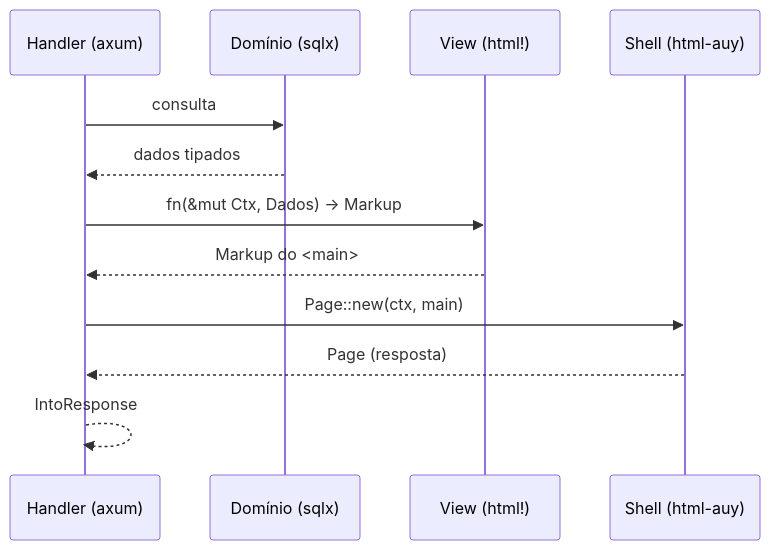
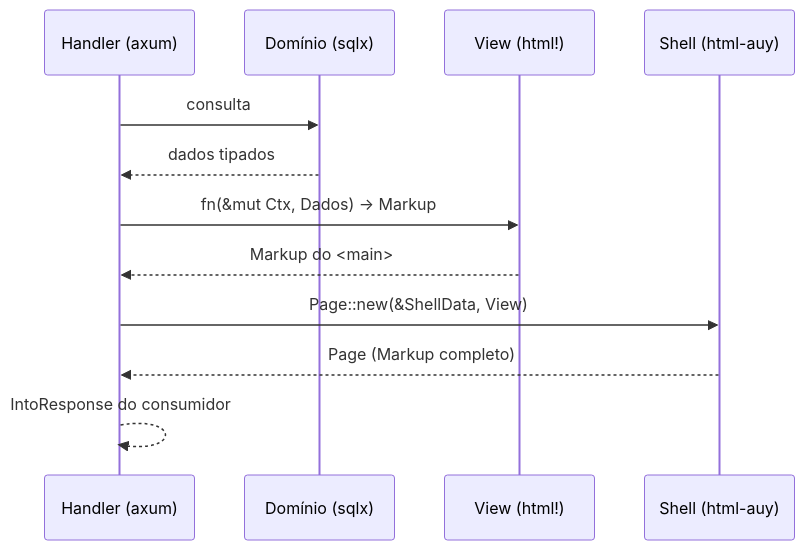
Before and after one commit to st-all-one/html-auy: the third of 3 diagrams in docs/01-arquitetura.md, drawn with Mermaid. The commit also changed other lines of this file and 421 other files, not shown here.

````diff
--- a/docs/01-arquitetura.md
+++ b/docs/01-arquitetura.md
@@ -82,14 +75,14 @@
 ```mermaid
 sequenceDiagram
   participant H as Handler (axum)
   participant D as Domínio (sqlx)
   participant V as View (html!)
   participant S as Shell (html-auy)
   H->>D: consulta
   D-->>H: dados tipados
   H->>V: fn(&mut Ctx, Dados) -> Markup
   V-->>H: Markup do <main>
-  H->>S: Page::new(ctx, main)
-  S-->>H: Page (resposta)
-  H-->>H: IntoResponse
+  H->>S: Page::new(&ShellData, View)
+  S-->>H: Page (Markup completo)
+  H-->>H: IntoResponse do consumidor
 ```
````
